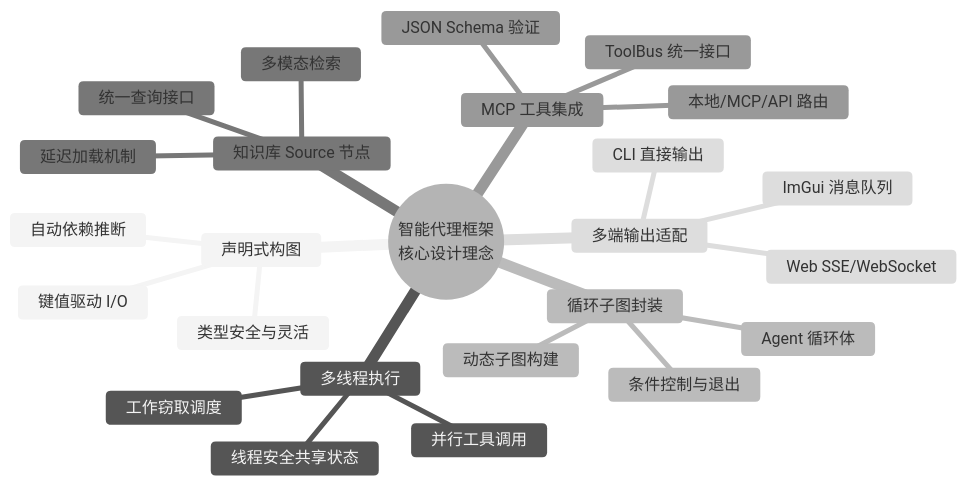
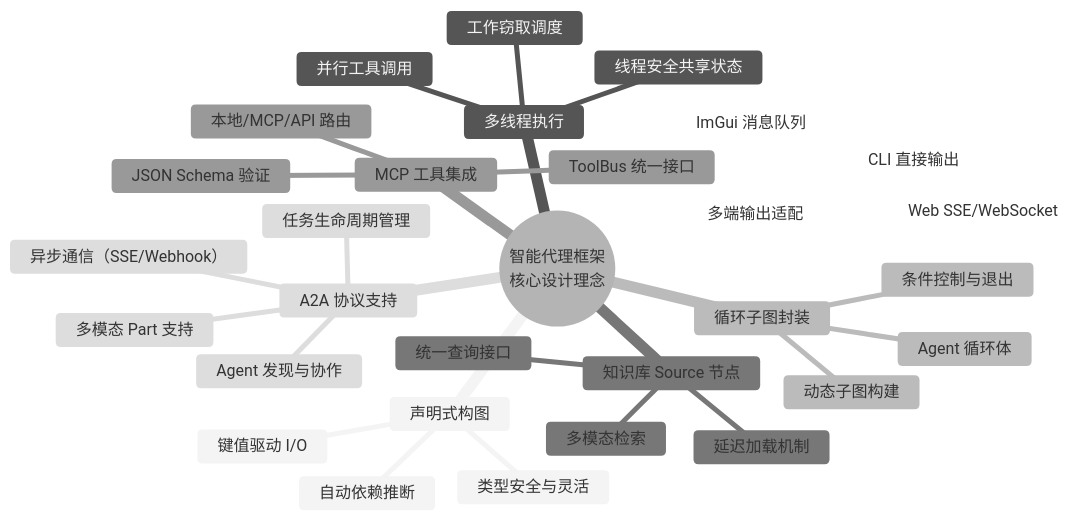
Before and after one commit to Mapoet/taskflow: the first of 18 diagrams in readme/guide_agent.md, drawn with Mermaid (neutral theme). The commit also changed other lines of this file and 3 other files, not shown here.

````diff
--- a/readme/guide_agent.md
+++ b/readme/guide_agent.md
@@ -243,28 +254,33 @@
 ```mermaid
 mindmap
   root((智能代理框架<br/>核心设计理念))
     声明式构图
       键值驱动 I/O
       自动依赖推断
       类型安全与灵活
     多线程执行
       工作窃取调度
       并行工具调用
       线程安全共享状态
     循环子图封装
       Agent 循环体
       动态子图构建
       条件控制与退出
     知识库 Source 节点
       统一查询接口
       多模态检索
       延迟加载机制
     MCP 工具集成
       ToolBus 统一接口
       本地/MCP/API 路由
       JSON Schema 验证
+    A2A 协议支持
+      Agent 发现与协作
+      任务生命周期管理
+      异步通信（SSE/Webhook）
+      多模态 Part 支持
     多端输出适配
       CLI 直接输出
       ImGui 消息队列
       Web SSE/WebSocket
 ```
````
